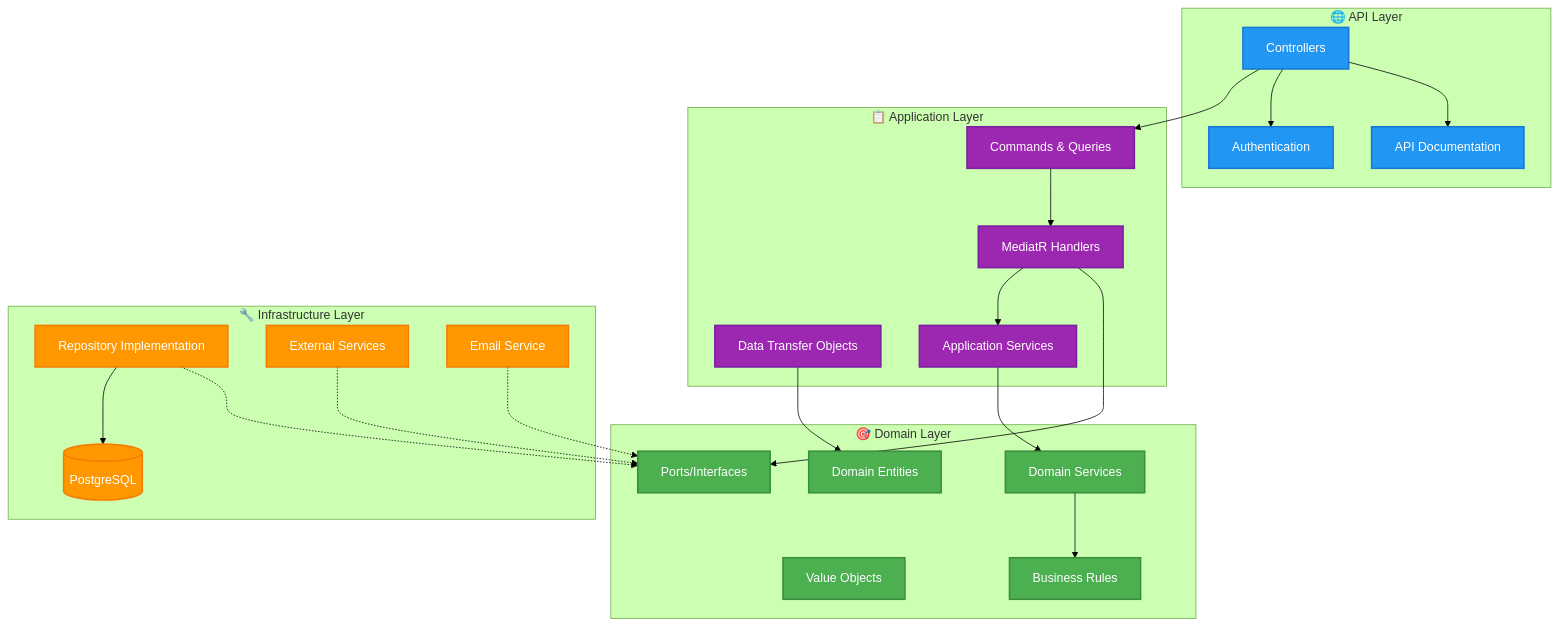
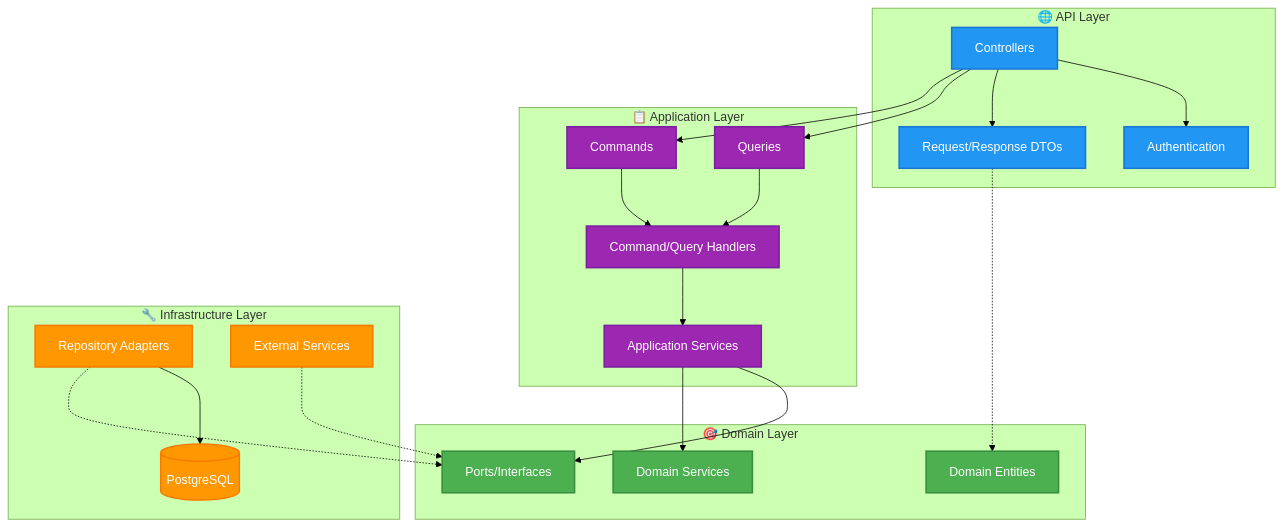
One commit to asanabrial/.net-api-hexagonal-skeleton changed the diagram in README.md. Above: the diagram before and after it, drawn with Mermaid (forest theme).

Commit message:
refactor: Enhance diagram clarity and structure in README.md for better understanding of architecture

````diff
--- a/README.md
+++ b/README.md
@@ -49,59 +49,58 @@
 ```mermaid
 graph TB
     subgraph "🌐 API Layer"
-        API[Controllers]
+        Controllers[Controllers]
+        DTOs[Request/Response DTOs]
         Auth[Authentication]
-        Swagger[API Documentation]
     end
 
     subgraph "📋 Application Layer"
-        CQRS[Commands & Queries]
-        Handlers[MediatR Handlers]
-        DTOs[Data Transfer Objects]
+        Commands[Commands]
+        Queries[Queries]
+        Handlers[Command/Query Handlers]
         AppServices[Application Services]
     end
 
     subgraph "🎯 Domain Layer"
         Entities[Domain Entities]
-        ValueObjects[Value Objects]
         DomainServices[Domain Services]
-        BusinessRules[Business Rules]
         Ports[Ports/Interfaces]
     end
 
     subgraph "🔧 Infrastructure Layer"
+        Repositories[Repository Adapters]
         Database[(PostgreSQL)]
-        Repositories[Repository Implementation]
-        ExternalAPIs[External Services]
-        EmailService[Email Service]
+        ExternalServices[External Services]
     end
 
-    %% Dependencies
-    API --> CQRS
-    API --> Auth
-    API --> Swagger
+    %% Clean flow following dependency inversion
+    Controllers --> Commands
+    Controllers --> Queries
+    Controllers --> DTOs
+    Controllers --> Auth
 
-    CQRS --> Handlers
+    Commands --> Handlers
+    Queries --> Handlers
     Handlers --> AppServices
-    DTOs --> Entities
+    AppServices --> DomainServices
+    AppServices --> Ports
 
-    AppServices --> DomainServices
-    DomainServices --> BusinessRules
-    Handlers --> Ports
+    %% Infrastructure implements domain ports (dependency inversion)
+    Repositories -.-> Ports
+    ExternalServices -.-> Ports
+    Repositories --> Database
 
-    Repositories --> Database
-    Repositories -.-> Ports
-    ExternalAPIs -.-> Ports
-    EmailService -.-> Ports
+    %% DTOs map to/from domain entities (not direct dependency)
+    DTOs -.-> Entities
 
-    %% Styling with better contrast
+    %% Styling with professional colors
     classDef apiLayer fill:#2196F3,stroke:#1976D2,stroke-width:2px,color:#fff
     classDef appLayer fill:#9C27B0,stroke:#7B1FA2,stroke-width:2px,color:#fff
     classDef domainLayer fill:#4CAF50,stroke:#388E3C,stroke-width:2px,color:#fff
     classDef infraLayer fill:#FF9800,stroke:#F57C00,stroke-width:2px,color:#fff
 
-    class API,Auth,Swagger apiLayer
-    class CQRS,Handlers,DTOs,AppServices appLayer
-    class Entities,ValueObjects,DomainServices,BusinessRules,Ports domainLayer
-    class Database,Repositories,ExternalAPIs,EmailService infraLayer
+    class Controllers,DTOs,Auth apiLayer
+    class Commands,Queries,Handlers,AppServices appLayer
+    class Entities,DomainServices,Ports domainLayer
+    class Repositories,Database,ExternalServices infraLayer
 ```
````
